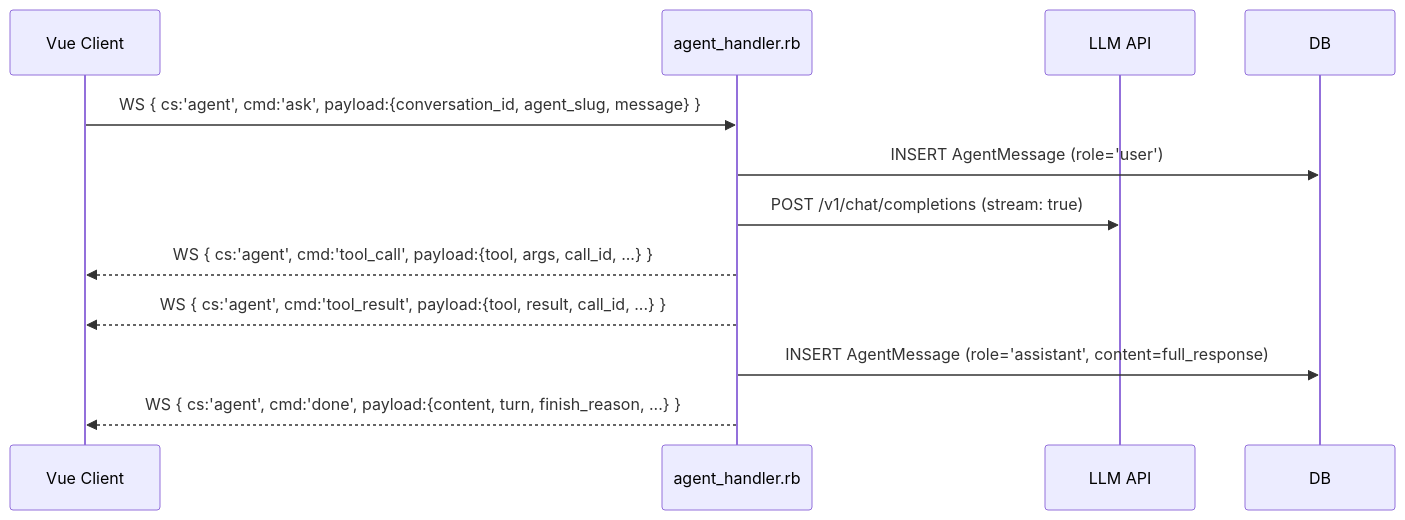
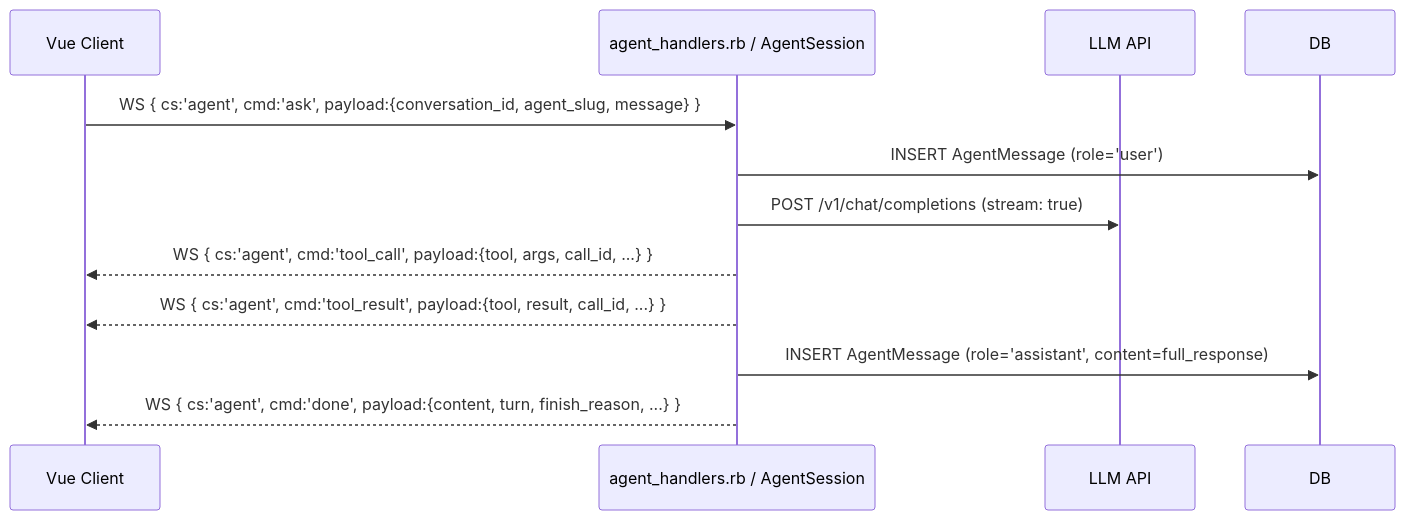
One commit to fdimitri/carbide2-docs changed the second of 2 diagrams in src/content/docs/architecture/agents.mdx. Above: the diagram before and after it, drawn with Mermaid. The commit also changed other lines of this file and 17 other files, not shown here.

````diff
--- a/src/content/docs/architecture/agents.mdx
+++ b/src/content/docs/architecture/agents.mdx
@@ -60,14 +69,14 @@
 ```mermaid
 sequenceDiagram
   participant Client as Vue Client
-  participant Worker as agent_handler.rb
+  participant Worker as agent_handlers.rb / AgentSession
   participant LLM as LLM API
 
   Client->>Worker: WS { cs:'agent', cmd:'ask', payload:{conversation_id, agent_slug, message} }
   Worker->>DB: INSERT AgentMessage (role='user')
   Worker->>LLM: POST /v1/chat/completions (stream: true)
   Worker-->>Client: WS { cs:'agent', cmd:'tool_call', payload:{tool, args, call_id, ...} }
   Worker-->>Client: WS { cs:'agent', cmd:'tool_result', payload:{tool, result, call_id, ...} }
   Worker->>DB: INSERT AgentMessage (role='assistant', content=full_response)
   Worker-->>Client: WS { cs:'agent', cmd:'done', payload:{content, turn, finish_reason, ...} }
 ```
````
